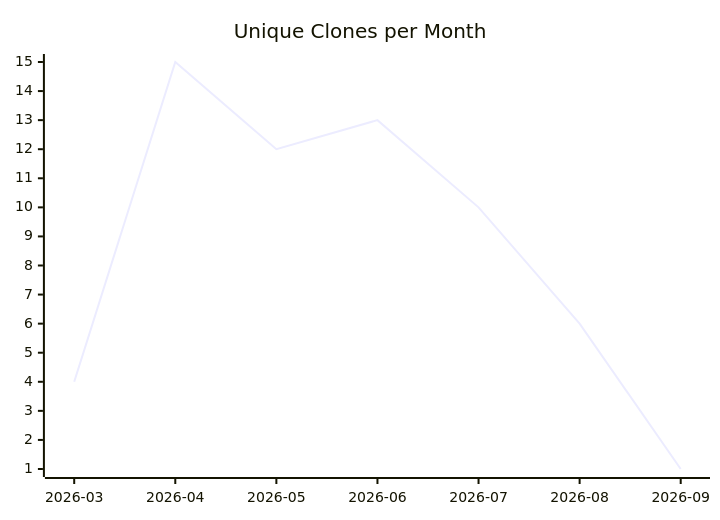
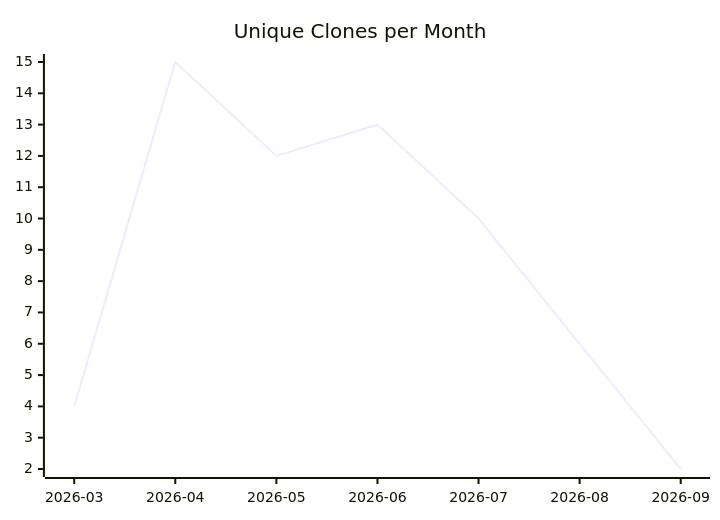
One commit to justdavis-family/github-analytics-data changed the third of 3 diagrams in karlmdavis/ansible-role-bind-dns/README.md. Above: the diagram before and after it, drawn with Mermaid. The commit also changed other lines of this file and 192 other files, not shown here.

````diff
--- a/karlmdavis/ansible-role-bind-dns/README.md
+++ b/karlmdavis/ansible-role-bind-dns/README.md
@@ -19,6 +19,6 @@
 ```mermaid
 xychart-beta
   title "Unique Clones per Month"
   x-axis ["2026-03", "2026-04", "2026-05", "2026-06", "2026-07", "2026-08", "2026-09"]
-  line [4, 15, 12, 13, 10, 6, 1]
+  line [4, 15, 12, 13, 10, 6, 2]
 ```
````
